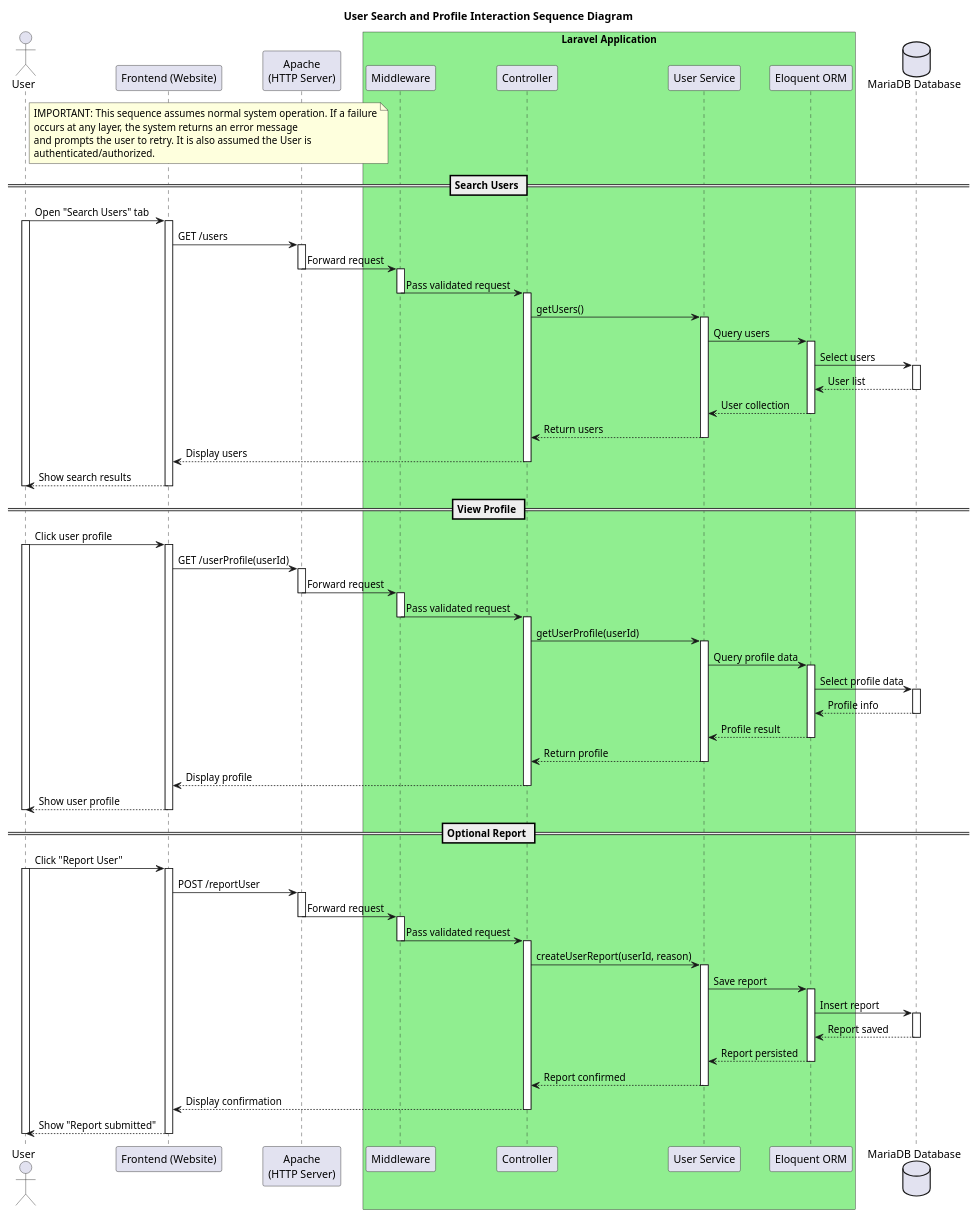
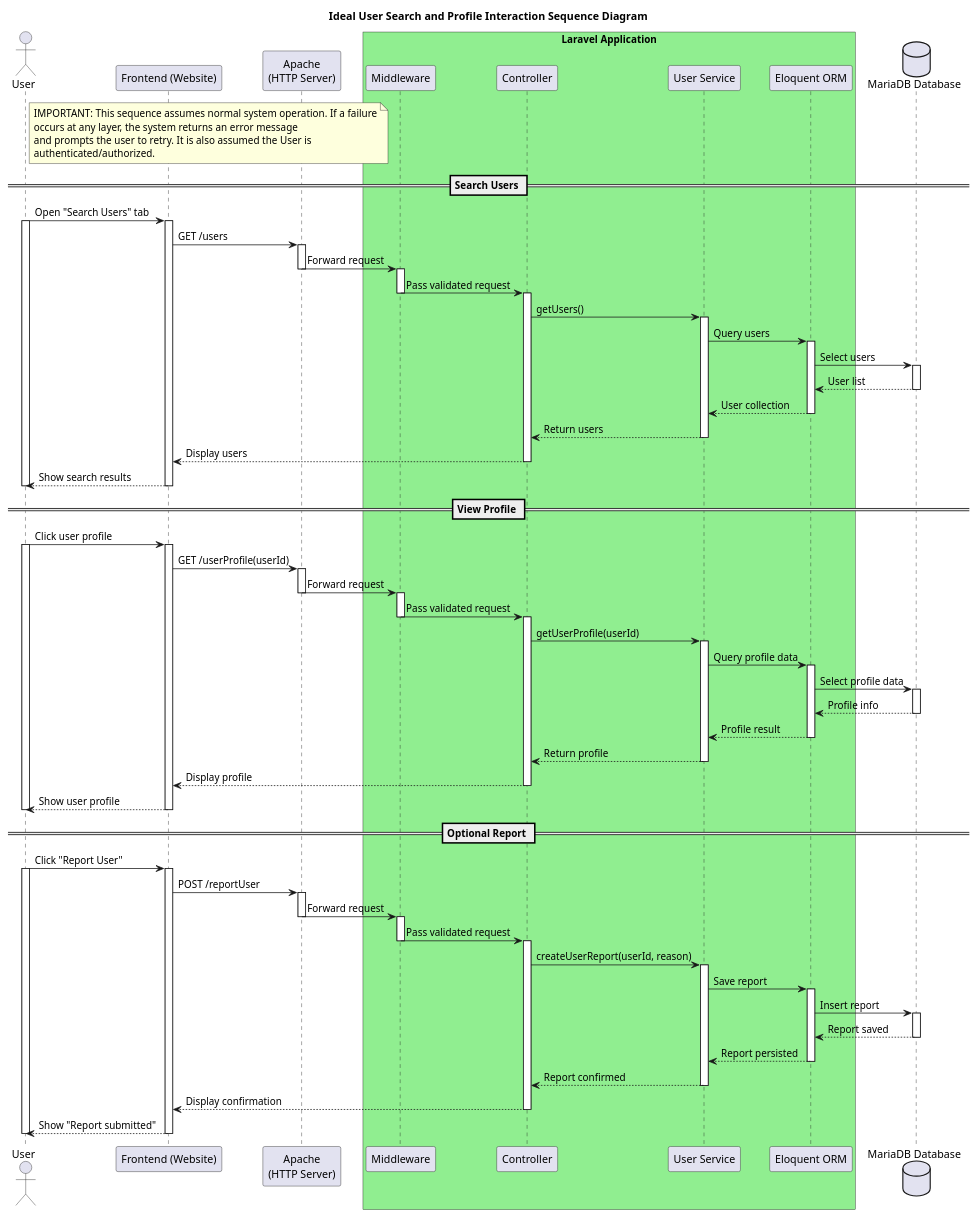
The diagram in sequenceDiagrams/User_Search_Sequence_Diagram.puml (JanPerez35/PlantUML), drawn with PlantUML before and after one commit. The commit also changed 19 other files, not shown here.

Commit message:
Sequence updated naming

```diff
--- a/sequenceDiagrams/User_Search_Sequence_Diagram.puml
+++ b/sequenceDiagrams/User_Search_Sequence_Diagram.puml
@@ -1,134 +1,134 @@
 @startuml
 
-title User Search and Profile Interaction Sequence Diagram
+title Ideal User Search and Profile Interaction Sequence Diagram
 
 actor User
 
 participant "Frontend (Website)" as FE
 participant "Apache\n(HTTP Server)" as Apache
 
 box "Laravel Application" #LightGreen
   participant "Middleware" as MW
   participant "Controller" as C
   participant "User Service" as Service
   participant "Eloquent ORM" as ORM
 end box
 
 database "MariaDB Database" as DB
 
 note right of User
 IMPORTANT: This sequence assumes normal system operation. If a failure
 occurs at any layer, the system returns an error message
 and prompts the user to retry. It is also assumed the User is
 authenticated/authorized.
 end note
 
 == Search Users ==
 User -> FE: Open "Search Users" tab
 activate User
 activate FE
 
 FE -> Apache: GET /users
 activate Apache
 Apache -> MW: Forward request
 deactivate Apache
 
 activate MW
 MW -> C: Pass validated request
 deactivate MW
 
 activate C
 C -> Service: getUsers()
 activate Service
 
 Service -> ORM: Query users
 activate ORM
 ORM -> DB: Select users
 activate DB
 DB --> ORM: User list
 deactivate DB
 ORM --> Service: User collection
 deactivate ORM
 
 Service --> C: Return users
 deactivate Service
 C --> FE: Display users
 deactivate C
 
 FE --> User: Show search results
 deactivate FE
 deactivate User
 
 == View Profile ==
 User -> FE: Click user profile
 activate User
 activate FE
 
 FE -> Apache: GET /userProfile(userId)
 activate Apache
 Apache -> MW: Forward request
 deactivate Apache
 
 activate MW
 MW -> C: Pass validated request
 deactivate MW
 
 activate C
 C -> Service: getUserProfile(userId)
 activate Service
 
 Service -> ORM: Query profile data
 activate ORM
 ORM -> DB: Select profile data
 activate DB
 DB --> ORM: Profile info
 deactivate DB
 ORM --> Service: Profile result
 deactivate ORM
 
 Service --> C: Return profile
 deactivate Service
 C --> FE: Display profile
 deactivate C
 
 FE --> User: Show user profile
 deactivate FE
 deactivate User
 
 == Optional Report ==
 User -> FE: Click "Report User"
 activate User
 activate FE
 
 FE -> Apache: POST /reportUser
 activate Apache
 Apache -> MW: Forward request
 deactivate Apache
 
 activate MW
 MW -> C: Pass validated request
 deactivate MW
 
 activate C
 C -> Service: createUserReport(userId, reason)
 activate Service
 
 Service -> ORM: Save report
 activate ORM
 ORM -> DB: Insert report
 activate DB
 DB --> ORM: Report saved
 deactivate DB
 ORM --> Service: Report persisted
 deactivate ORM
 
 Service --> C: Report confirmed
 deactivate Service
 C --> FE: Display confirmation
 deactivate C
 
 FE --> User: Show "Report submitted"
 deactivate FE
 deactivate User
 
 @enduml
```
